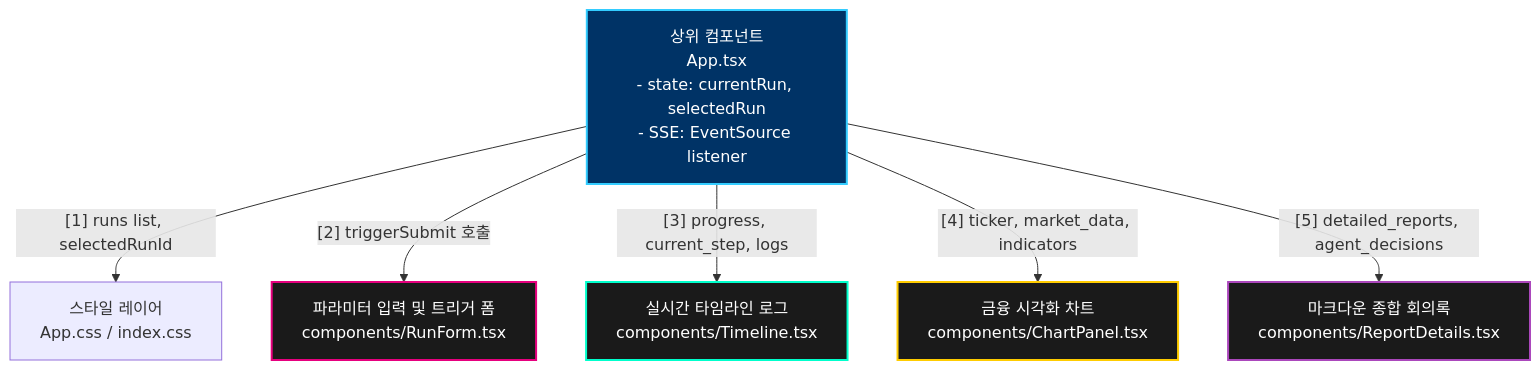
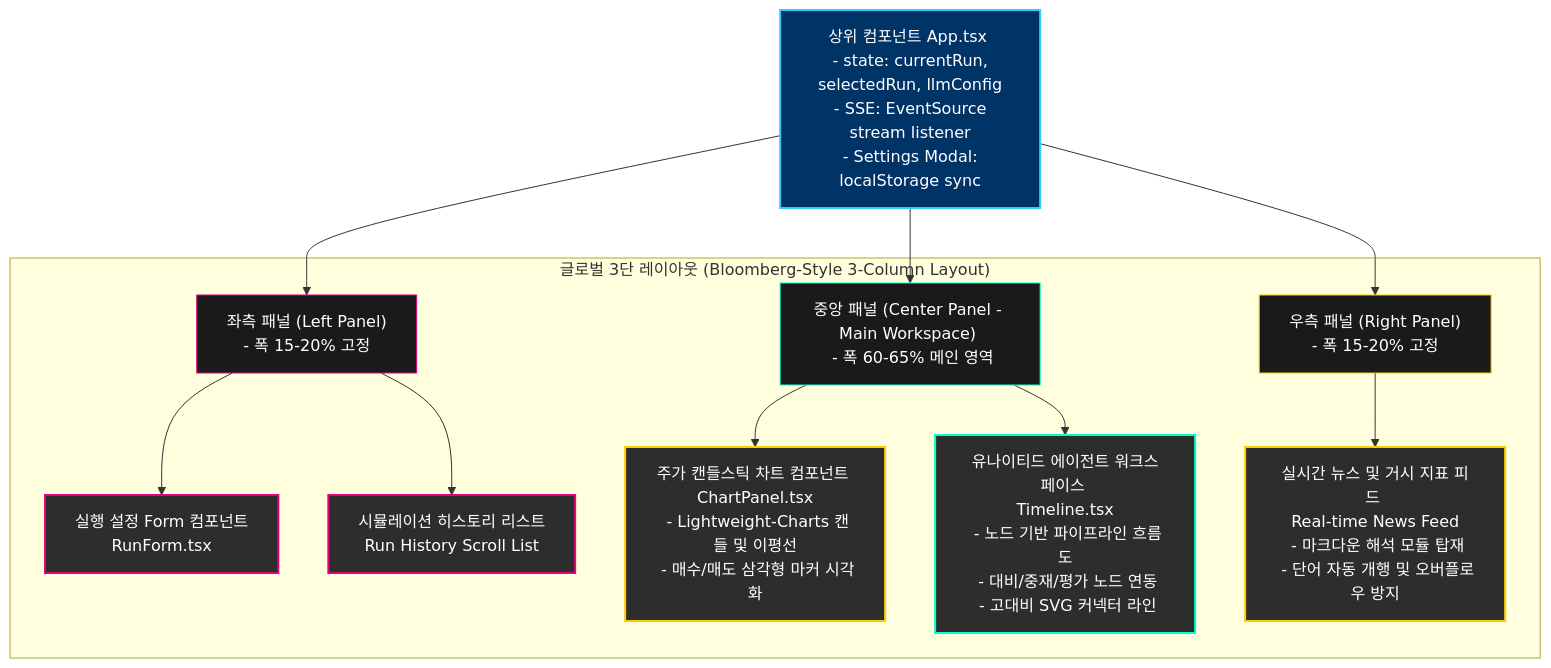
The diagram in docs/07_frontend_dashboard.md (NeuralVibe/TradingAgents), drawn with Mermaid before and after one commit. The commit also changed other lines of this file and 5 other files, not shown here.

````diff
--- a/docs/07_frontend_dashboard.md
+++ b/docs/07_frontend_dashboard.md
@@ -17,18 +17,42 @@
 ```mermaid
 graph TD
-    %% 컴포넌트 트리
-    App["상위 컴포넌트<br/>App.tsx<br/>- state: currentRun, selectedRun<br/>- SSE: EventSource listener"]
+    App["상위 컴포넌트 App.tsx <br/> - state: currentRun, selectedRun, llmConfig<br/> - SSE: EventSource stream listener<br/> - Settings Modal: localStorage sync"]
     
-    App -->|"[1] runs list, selectedRunId"| AppCSS["스타일 레이어<br/>App.css / index.css"]
-    App -->|"[2] triggerSubmit 호출"| RunForm["파라미터 입력 및 트리거 폼<br/>components/RunForm.tsx"]
-    App -->|"[3] progress, current_step, logs"| Timeline["실시간 타임라인 로그<br/>components/Timeline.tsx"]
-    App -->|"[4] ticker, market_data, indicators"| ChartPanel["금융 시각화 차트<br/>components/ChartPanel.tsx"]
-    App -->|"[5] detailed_reports, agent_decisions"| ReportDetails["마크다운 종합 회의록<br/>components/ReportDetails.tsx"]
-
-    %% 데이터 단방향 흐름 표시
+    subgraph BloombergLayout ["글로벌 3단 레이아웃 (Bloomberg-Style 3-Column Layout)"]
+        %% 좌측 패널
+        LeftPanel["좌측 패널 (Left Panel) <br/> - 폭 15-20% 고정"]
+        RunForm["실행 설정 Form 컴포넌트 <br/> RunForm.tsx"]
+        History["시뮬레이션 히스토리 리스트 <br/> Run History Scroll List"]
+        
+        LeftPanel --> RunForm
+        LeftPanel --> History
+        
+        %% 중앙 메인 워크스페이스
+        CenterPanel["중앙 패널 (Center Panel - Main Workspace) <br/> - 폭 60-65% 메인 영역"]
+        ChartPanel["주가 캔들스틱 차트 컴포넌트 <br/> ChartPanel.tsx <br/> - Lightweight-Charts 캔들 및 이평선<br/> - 매수/매도 삼각형 마커 시각화"]
+        Timeline["유나이티드 에이전트 워크스페이스 <br/> Timeline.tsx <br/> - 노드 기반 파이프라인 흐름도<br/> - 대비/중재/평가 노드 연동<br/> - 고대비 SVG 커넥터 라인"]
+        
+        CenterPanel --> ChartPanel
+        CenterPanel --> Timeline
+        
+        %% 우측 패널
+        RightPanel["우측 패널 (Right Panel) <br/> - 폭 15-20% 고정"]
+        NewsFeed["실시간 뉴스 및 거시 지표 피드 <br/> Real-time News Feed <br/> - 마크다운 해석 모듈 탑재<br/> - 단어 자동 개행 및 오버플로우 방지"]
+        
+        RightPanel --> NewsFeed
+    end
+    
+    App --> LeftPanel
+    App --> CenterPanel
+    App --> RightPanel
+    
     style App fill:#003366,stroke:#33ccff,stroke-width:2px,color:#fff
-    style RunForm fill:#1a1a1a,stroke:#e6007e,stroke-width:2px,color:#fff
-    style Timeline fill:#1a1a1a,stroke:#00ffcc,stroke-width:2px,color:#fff
-    style ChartPanel fill:#1a1a1a,stroke:#ffcc00,stroke-width:2px,color:#fff
-    style ReportDetails fill:#1a1a1a,stroke:#ab47bc,stroke-width:2px,color:#fff
+    style LeftPanel fill:#1a1a1a,stroke:#e6007e,stroke-width:1px,color:#fff
+    style CenterPanel fill:#1a1a1a,stroke:#00ffcc,stroke-width:1px,color:#fff
+    style RightPanel fill:#1a1a1a,stroke:#ffcc00,stroke-width:1px,color:#fff
+    style RunForm fill:#2d2d2d,stroke:#e6007e,stroke-width:2px,color:#fff
+    style History fill:#2d2d2d,stroke:#e6007e,stroke-width:2px,color:#fff
+    style ChartPanel fill:#2d2d2d,stroke:#ffcc00,stroke-width:2px,color:#fff
+    style Timeline fill:#2d2d2d,stroke:#00ffcc,stroke-width:2px,color:#fff
+    style NewsFeed fill:#2d2d2d,stroke:#ffcc00,stroke-width:2px,color:#fff
 ```
````
